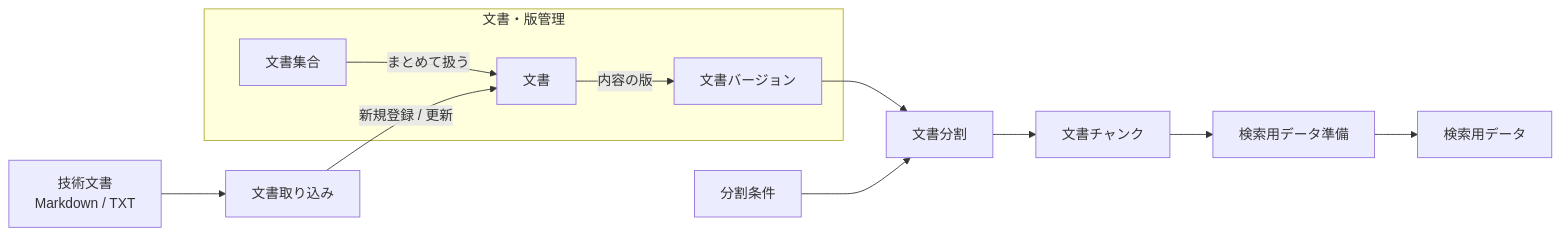
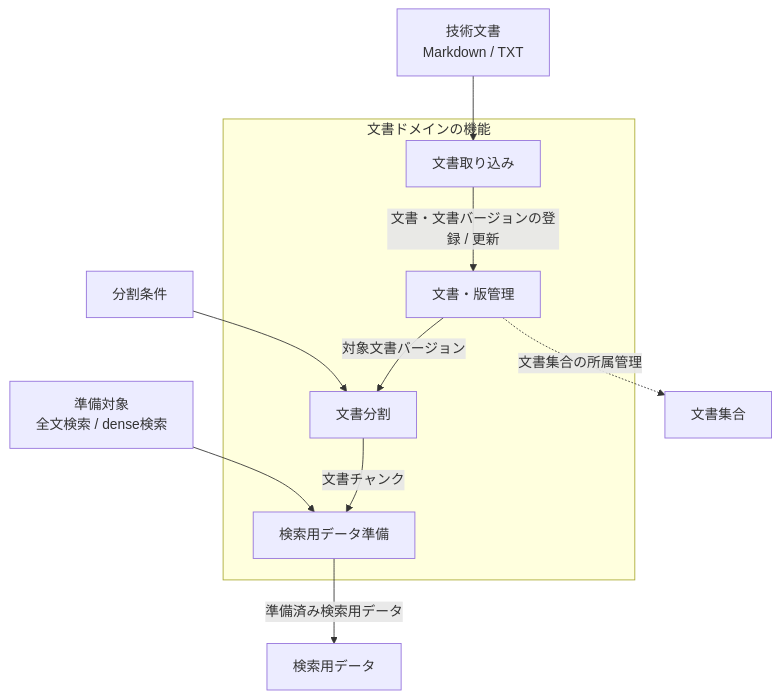
One commit to takashit16833/RAGScope changed the diagram in project-docs/design/domains/documents/README.md. Above: the diagram before and after it, drawn with Mermaid. The commit also changed other lines of this file and 5 other files, not shown here.

````diff
--- a/project-docs/design/domains/documents/README.md
+++ b/project-docs/design/domains/documents/README.md
@@ -9,24 +9,23 @@
 ```mermaid
-flowchart LR
+flowchart TB
     Source["技術文書<br>Markdown / TXT"]
-    Ingest["文書取り込み"]
+    SplitCondition["分割条件"]
+    PrepareTarget["準備対象<br>全文検索 / dense検索"]
 
-    subgraph Management["文書・版管理"]
-        Collection["文書集合"] -->|"まとめて扱う"| Document["文書"]
-        Document -->|"内容の版"| Version["文書バージョン"]
+    subgraph Functions["文書ドメインの機能"]
+        Ingest["文書取り込み"]
+        Manage["文書・版管理"]
+        Split["文書分割"]
+        Prepare["検索用データ準備"]
     end
 
-    Condition["分割条件"]
-    Split["文書分割"]
-    Chunk["文書チャンク"]
-    Prepare["検索用データ準備"]
-    SearchData["検索用データ"]
+    Source --> Ingest
+    Ingest -->|"文書・文書バージョンの登録 / 更新"| Manage
+    Manage -->|"対象文書バージョン"| Split
+    SplitCondition --> Split
+    Split -->|"文書チャンク"| Prepare
+    PrepareTarget --> Prepare
+    Prepare -->|"準備済み検索用データ"| SearchData["検索用データ"]
 
-    Source --> Ingest
-    Ingest -->|"新規登録 / 更新"| Document
-    Version --> Split
-    Condition --> Split
-    Split --> Chunk
-    Chunk --> Prepare
-    Prepare --> SearchData
+    Manage -.->|"文書集合の所属管理"| Collection["文書集合"]
 ```
````
